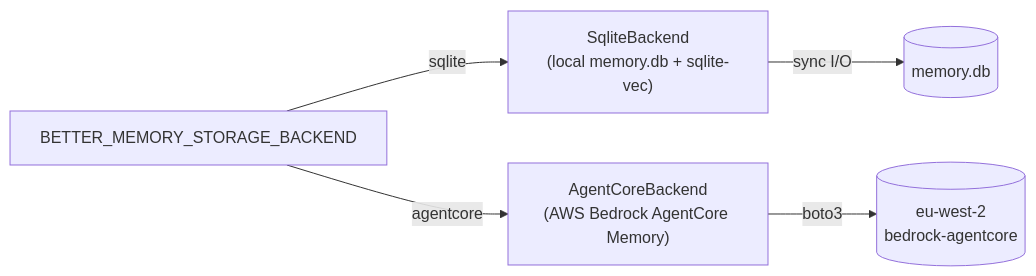
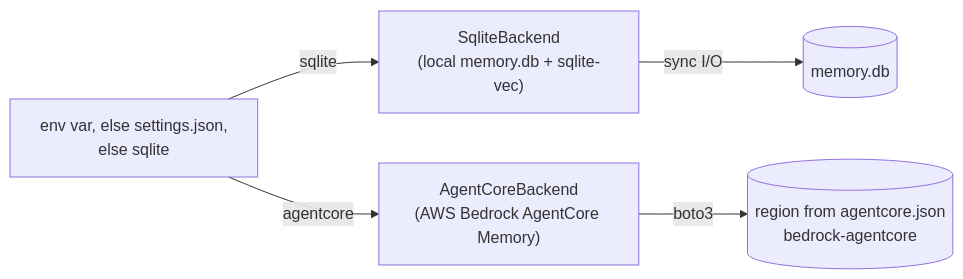
One commit to emp3thy/better-memory changed the diagram in website/architecture.md. Above: the diagram before and after it, drawn with Mermaid. The commit also changed other lines of this file and 44 other files, not shown here.

First line of the commit message:
fix: make agentcore memory actually work end-to-end (Hive Mind) (#79)

````diff
--- a/website/architecture.md
+++ b/website/architecture.md
@@ -24,8 +24,8 @@
 ```mermaid
 flowchart LR
-  ENV["BETTER_MEMORY_STORAGE_BACKEND"]
-  ENV -->|sqlite| SQLITE["SqliteBackend<br/>(local memory.db + sqlite-vec)"]
-  ENV -->|agentcore| AGENTCORE["AgentCoreBackend<br/>(AWS Bedrock AgentCore Memory)"]
+  RESOLVE["env var, else settings.json,<br/>else sqlite"]
+  RESOLVE -->|sqlite| SQLITE["SqliteBackend<br/>(local memory.db + sqlite-vec)"]
+  RESOLVE -->|agentcore| AGENTCORE["AgentCoreBackend<br/>(AWS Bedrock AgentCore Memory)"]
   SQLITE -->|sync I/O| DB[("memory.db")]
-  AGENTCORE -->|boto3| AWS[("eu-west-2<br/>bedrock-agentcore")]
+  AGENTCORE -->|boto3| AWS[("region from agentcore.json<br/>bedrock-agentcore")]
 ```
````
